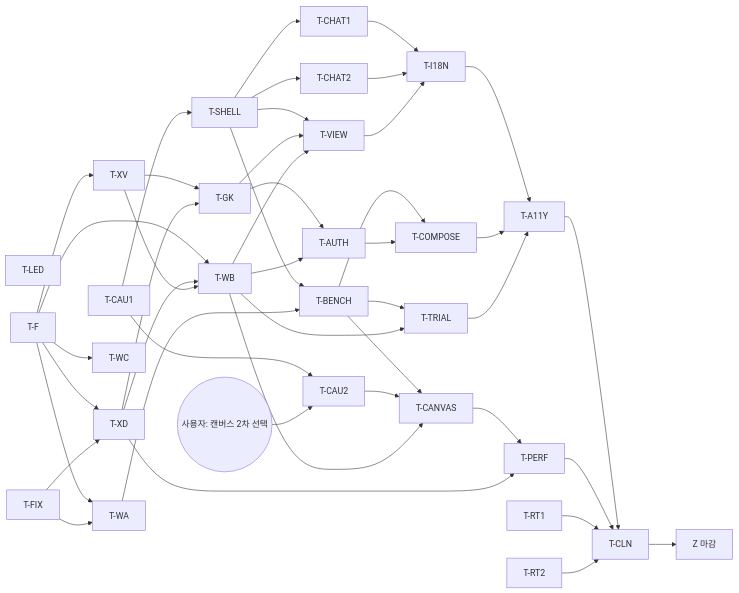
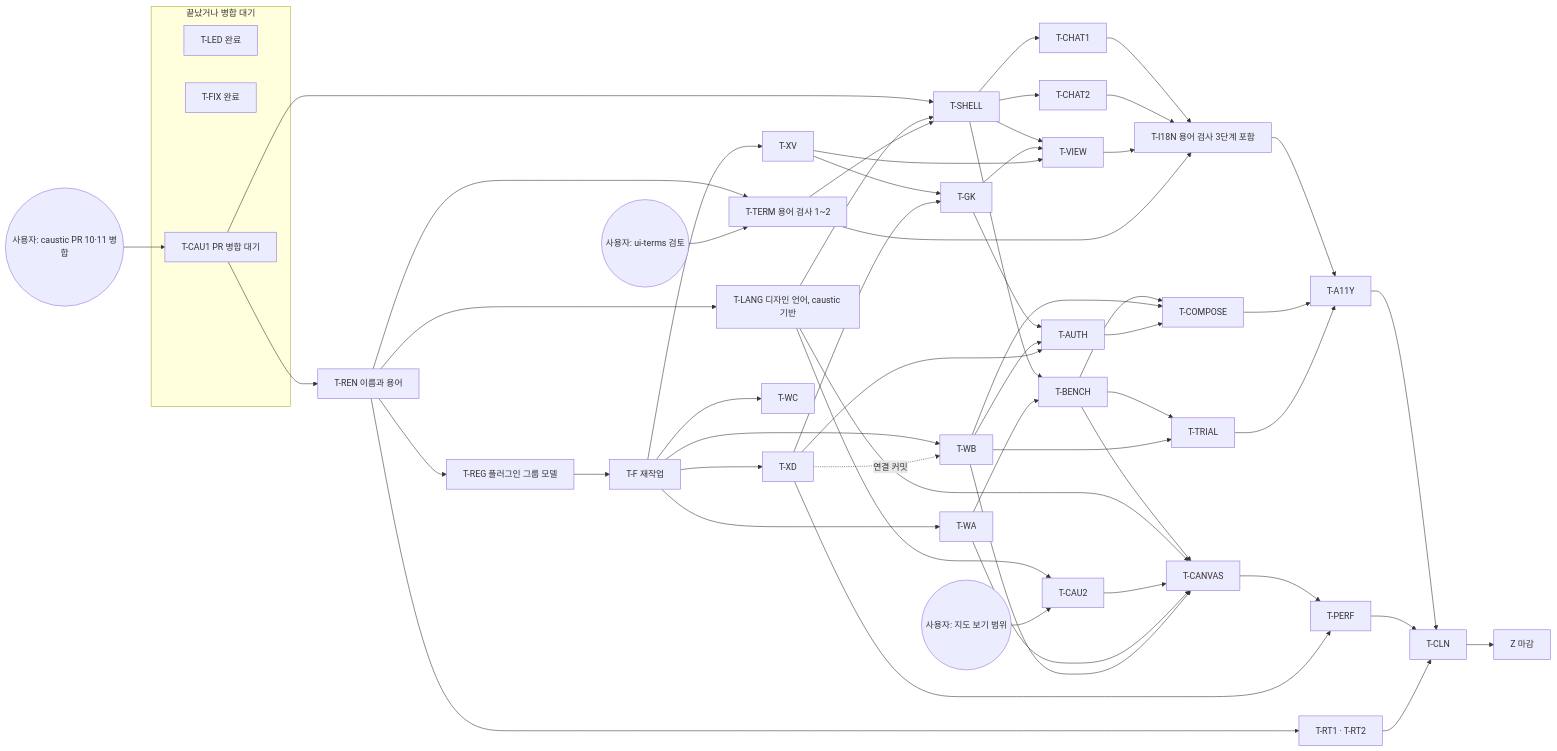
The diagram in docs/xeon/review/m4-plan.md (Rengod95/Helm-Agent_Docs_OS), drawn with Mermaid before and after one commit. The commit also changed other lines of this file, not shown here.

````diff
--- a/docs/xeon/review/m4-plan.md
+++ b/docs/xeon/review/m4-plan.md
@@ -265,47 +338,62 @@
 ```mermaid
 flowchart LR
-  LED[T-LED]
-  F[T-F] --> XV[T-XV]
+  subgraph W0[끝났거나 병합 대기]
+    LED[T-LED 완료]
+    FIX[T-FIX 완료]
+    CAU1[T-CAU1 PR 병합 대기]
+  end
+  U0((사용자: caustic PR 10·11 병합)) --> CAU1
+  CAU1 --> REN[T-REN 이름과 용어]
+  REN --> REG[T-REG 플러그인 그룹 모델]
+  REN --> TERM[T-TERM 용어 검사 1~2]
+  REN --> LANG[T-LANG 디자인 언어, caustic 기반]
+  REN --> RT[T-RT1 · T-RT2]
+  U1((사용자: ui-terms 검토)) --> TERM
+  REG --> F[T-F 재작업]
+  F --> XV[T-XV]
   F --> XD[T-XD]
-  FIX[T-FIX] --> XD
   F --> WA[T-WA]
-  FIX --> WA
+  F --> WB[T-WB]
   F --> WC[T-WC]
   XV --> GK[T-GK]
   XD --> GK
-  F --> WB[T-WB]
-  XD --> WB
-  XV --> WB
-  CAU1[T-CAU1] --> SHELL[T-SHELL]
-  CAU1 --> CAU2[T-CAU2]
-  U1((사용자: 캔버스 2차 선택)) --> CAU2
+  XD -.연결 커밋.-> WB
+  GK --> AUTH[T-AUTH]
+  WB --> AUTH
+  XD --> AUTH
+  CAU1 --> SHELL[T-SHELL]
+  LANG --> SHELL
+  TERM --> SHELL
+  LANG --> CAU2[T-CAU2]
+  U2((사용자: 지도 보기 범위)) --> CAU2
   SHELL --> CHAT1[T-CHAT1]
   SHELL --> CHAT2[T-CHAT2]
   SHELL --> BENCH[T-BENCH]
   WA --> BENCH
-  GK --> AUTH[T-AUTH]
-  WB --> AUTH
   SHELL --> VIEW[T-VIEW]
   GK --> VIEW
-  WB --> VIEW
+  XV --> VIEW
   BENCH --> TRIAL[T-TRIAL]
   WB --> TRIAL
   BENCH --> CANVAS[T-CANVAS]
+  LANG --> CANVAS
   CAU2 --> CANVAS
+  WA --> CANVAS
   WB --> CANVAS
   BENCH --> COMPOSE[T-COMPOSE]
+  WB --> COMPOSE
   AUTH --> COMPOSE
   CANVAS --> PERF[T-PERF]
   XD --> PERF
-  CHAT1 --> I18N[T-I18N]
+  CHAT1 --> I18N[T-I18N 용어 검사 3단계 포함]
   CHAT2 --> I18N
   VIEW --> I18N
+  TERM --> I18N
   I18N --> A11Y[T-A11Y]
   COMPOSE --> A11Y
   TRIAL --> A11Y
   A11Y --> CLN[T-CLN]
   PERF --> CLN
-  RT1[T-RT1] --> CLN
-  RT2[T-RT2] --> CLN
+  RT --> CLN
   CLN --> Z[Z 마감]
 ```
````
